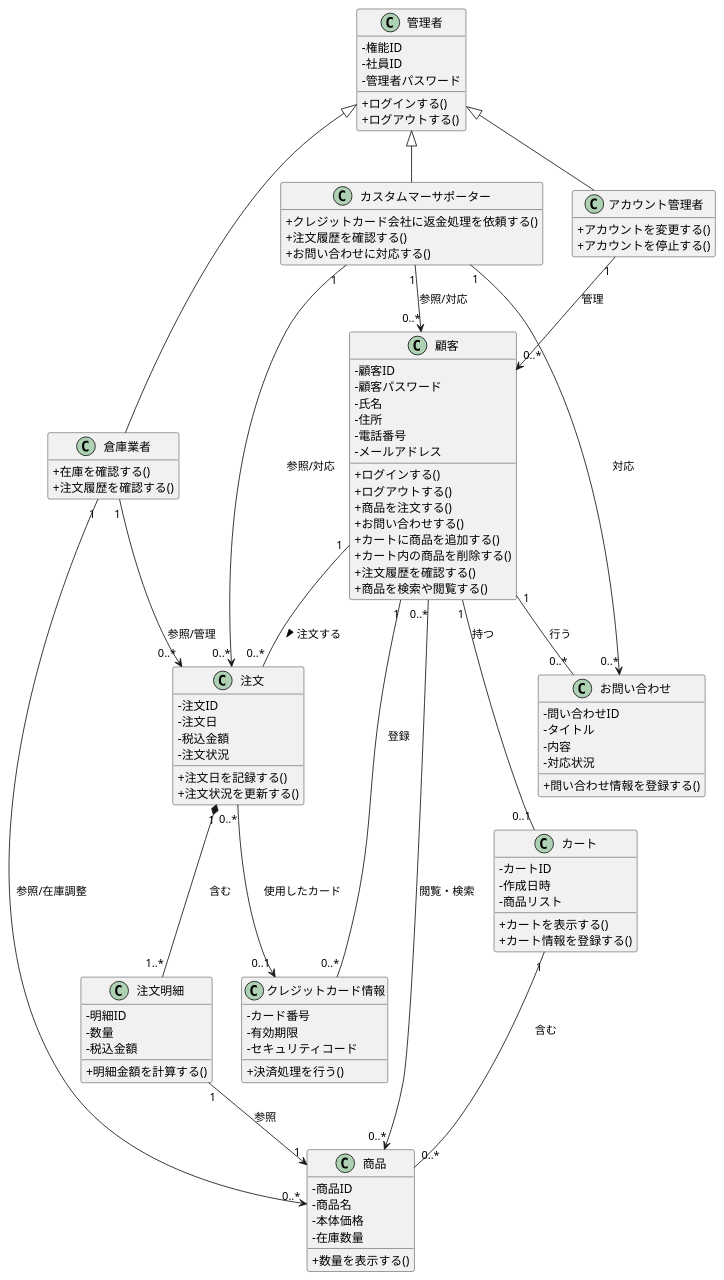
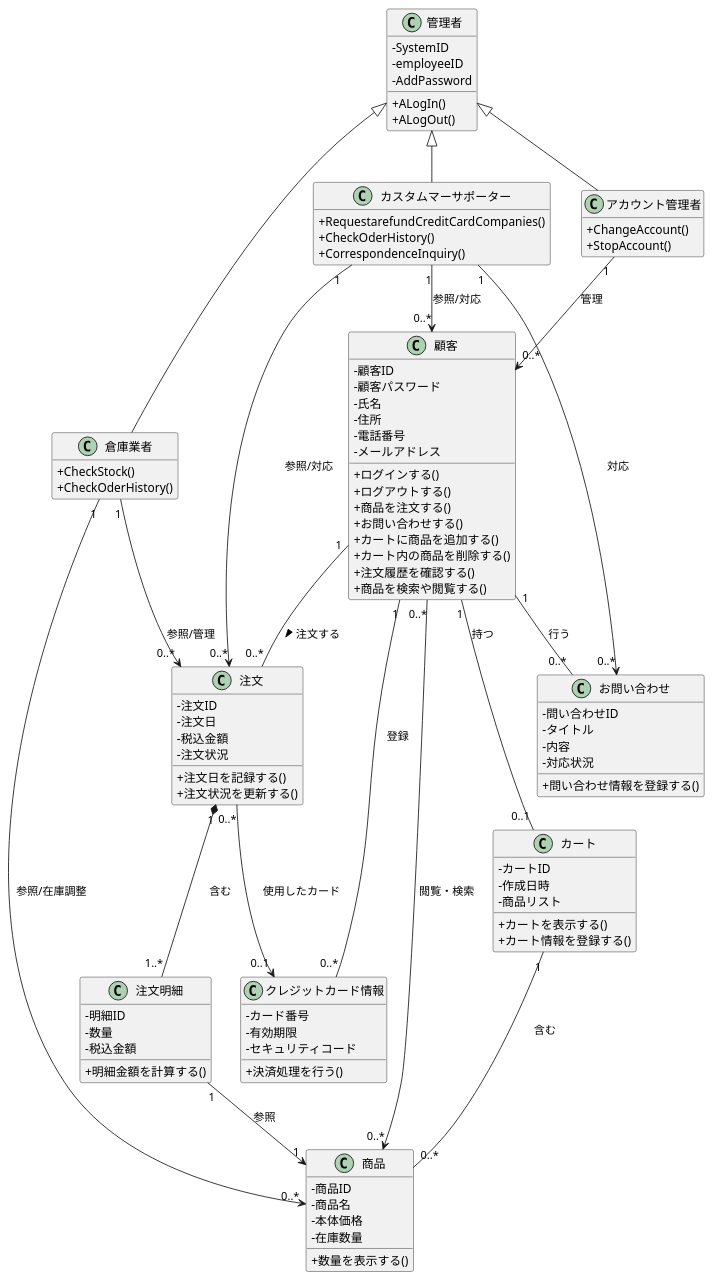
The diagram in group/3-3_総合演習1_BBショップ注文管理システム/クラス図/classE.pu (ko246/ohara_uml), drawn with PlantUML before and after one commit.

Commit message:
クラス図英文化中

```diff
--- a/group/3-3_総合演習1_BBショップ注文管理システム/クラス図/classE.pu
+++ b/group/3-3_総合演習1_BBショップ注文管理システム/クラス図/classE.pu
@@ -1,139 +1,139 @@
 @startuml BBショップシステム_クラス図
 skinparam classAttribute 0
 skinparam classAttributeIconSize 0
 hide empty members
 
 ' ====================================================
 ' クラス定義
 ' ====================================================
 
 class 管理者 {
-    -権能ID
-    -社員ID
-    -管理者パスワード
-    +ログインする()
-    +ログアウトする()
+    -SystemID
+    -employeeID
+    -AddPassword
+    +ALogIn()
+    +ALogOut()
 }
 
 class アカウント管理者 {
-    +アカウントを変更する()
-    +アカウントを停止する()
+    +ChangeAccount()
+    +StopAccount()
 }
 
 class 倉庫業者 {
-    +在庫を確認する()
-    +注文履歴を確認する()
+    +CheckStock()
+    +CheckOderHistory()
 }
 
 class カスタムマーサポーター {
-    +クレジットカード会社に返金処理を依頼する()
-    +注文履歴を確認する()
-    +お問い合わせに対応する()
+    +RequestarefundCreditCardCompanies()
+    +CheckOderHistory()
+    +CorrespondenceInquiry()
 }
 
 class 顧客 {
     -顧客ID
     -顧客パスワード
     -氏名
     -住所
     -電話番号
     -メールアドレス
     +ログインする()
     +ログアウトする()
     +商品を注文する()
     +お問い合わせする()
     +カートに商品を追加する()
     +カート内の商品を削除する()
     +注文履歴を確認する()
     +商品を検索や閲覧する()
 }
 
 class 商品 {
     -商品ID
     -商品名
     -本体価格
     -在庫数量
     +数量を表示する()
 }
 
 class 注文 {
     -注文ID
     -注文日
     -税込金額
     -注文状況
     +注文日を記録する()
     +注文状況を更新する()
 }
 
 class 注文明細 {
     -明細ID
     -数量
     -税込金額
     +明細金額を計算する()
 }
 
 class クレジットカード情報 {
     -カード番号
     -有効期限
     -セキュリティコード
     +決済処理を行う()
 }
 
 class お問い合わせ {
     -問い合わせID
     -タイトル
     -内容
     -対応状況
     +問い合わせ情報を登録する()
 }
 
 class カート {
     -カートID
     -作成日時
     -商品リスト
     +カートを表示する()
     +カート情報を登録する()
 }
 
 ' ====================================================
 ' 関連性の定義
 ' ====================================================
 
 ' 1. 汎化（継承）
 管理者 <|-- アカウント管理者
 管理者 <|-- 倉庫業者
 管理者 <|-- カスタムマーサポーター
 
 ' 2. 顧客/Web販売関連
 
 ' 顧客と注文
 顧客 "1" -- "0..*" 注文 : 注文する >
 注文 "1" *-- "1..*" 注文明細 : 含む
 注文明細 "1" --> "1" 商品 : 参照
 
 ' 顧客とカート
 顧客 "1" -- "0..1" カート : 持つ
 カート "1" -- "0..*" 商品 : 含む 
 
 ' 顧客と問い合わせ
 顧客 "1" -- "0..*" お問い合わせ : 行う
 
 ' 顧客と決済
 顧客 "1" -- "0..*" クレジットカード情報 : 登録
 注文 "0..*" --> "0..1" クレジットカード情報 : 使用したカード
 
 ' 顧客と商品（閲覧・検索）
 顧客 "0..*" --> "0..*" 商品 : 閲覧・検索
 
 ' 3. 管理者システム関連（管理対象への単方向関連）
 
 アカウント管理者 "1" --> "0..*" 顧客 : 管理
 倉庫業者 "1" --> "0..*" 注文 : 参照/管理
 倉庫業者 "1" --> "0..*" 商品 : 参照/在庫調整
 
 ' カスタマーサポーターと管理対象の関連
 カスタムマーサポーター "1" --> "0..*" 顧客 : 参照/対応
 カスタムマーサポーター "1" --> "0..*" 注文 : 参照/対応
 カスタムマーサポーター "1" --> "0..*" お問い合わせ : 対応
 
 @enduml
```
